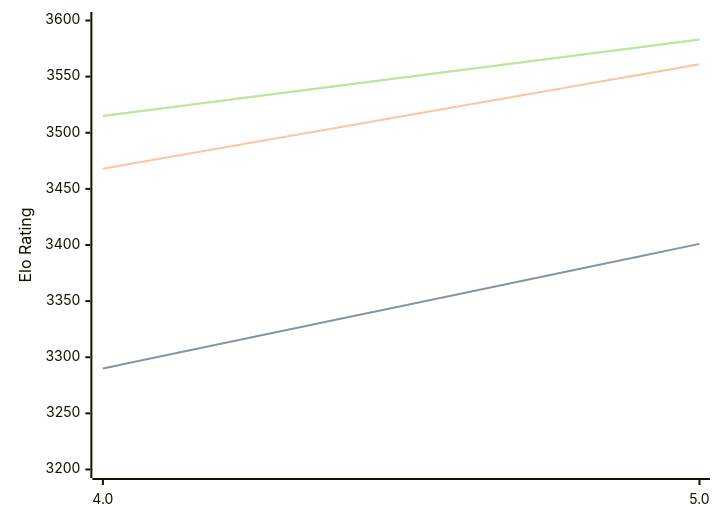
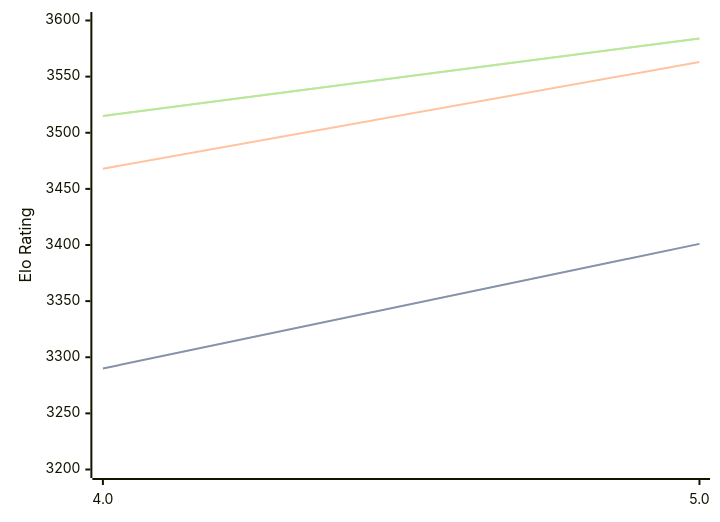
One commit to computer-chess-index/cci changed the diagram in engines/Tarnished.md. Above: the diagram before and after it, drawn with Mermaid. The commit also changed other lines of this file, not shown here.

Commit message:
Update CCI Ratings (ELO VLTC) - 2026-04-27

````diff
--- a/engines/Tarnished.md
+++ b/engines/Tarnished.md
@@ -36,11 +36,11 @@
 ```mermaid
 %%{init: {"theme":"base","themeVariables":{"seriesColors:['#a3a3a3','#222221','#faa371']}}}%%
 xychart-beta
   x-axis ["4.0", "5.0"]
   y-axis "Elo Rating" 3200 --> 3600
   line "STC (8.0+0.08s)" [3290, 3401]
   line "STC (8.0+0.08s)" [3290, 3401]
-  line "LTC (60.0+0.60s)" [3468, 3561]
-  line "VLTC (2m24s+1.12s)" [3515, 3583]
-  line "VLTC (2m24s+1.12s)" [3515, 3583]
+  line "LTC (60.0+0.60s)" [3468, 3563]
+  line "VLTC (2m24s+1.12s)" [3515, 3584]
+  line "VLTC (2m24s+1.12s)" [3515, 3584]
 ```
````
